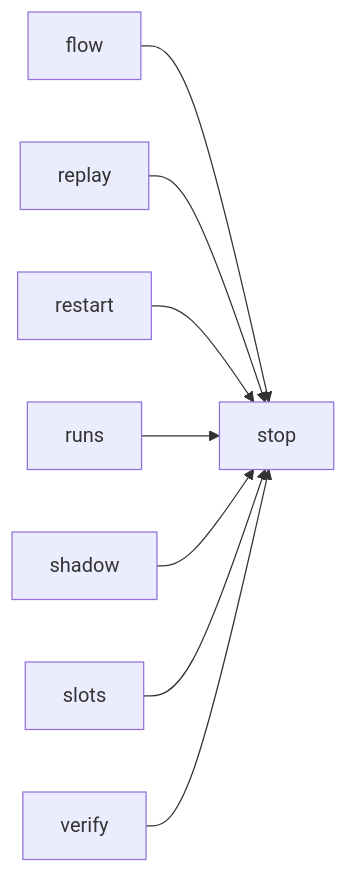
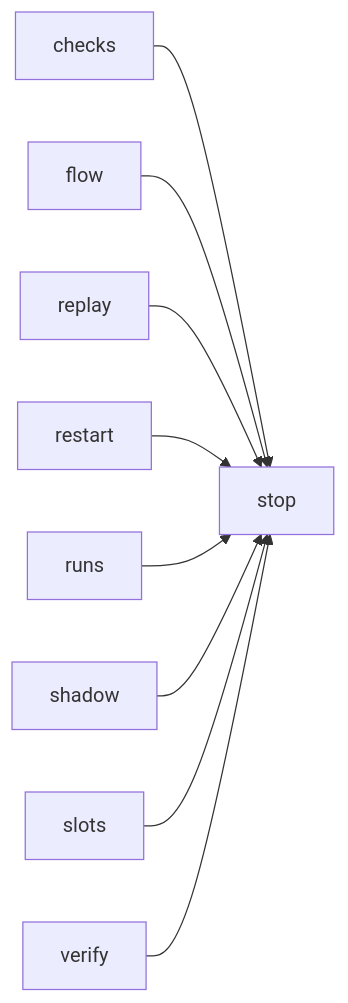
The second of 2 diagrams in docs/architecture/modules/stop.md (plaplanche/ariane), drawn with Mermaid before and after one commit. The commit also changed 9 other files, not shown here.

````diff
--- a/docs/architecture/modules/stop.md
+++ b/docs/architecture/modules/stop.md
@@ -39,10 +39,11 @@
 ```mermaid
 flowchart LR
+  checks --> stop
   flow --> stop
   replay --> stop
   restart --> stop
   runs --> stop
   shadow --> stop
   slots --> stop
   verify --> stop
 ```
````
